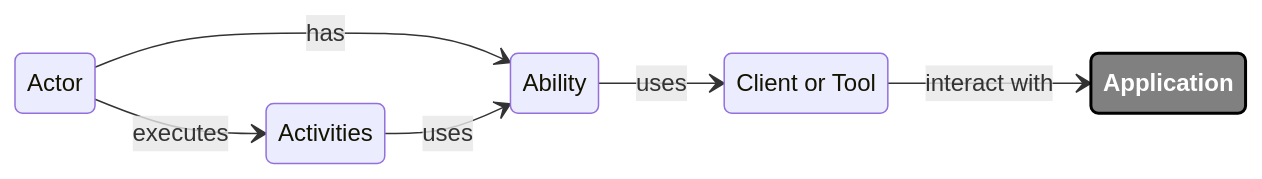
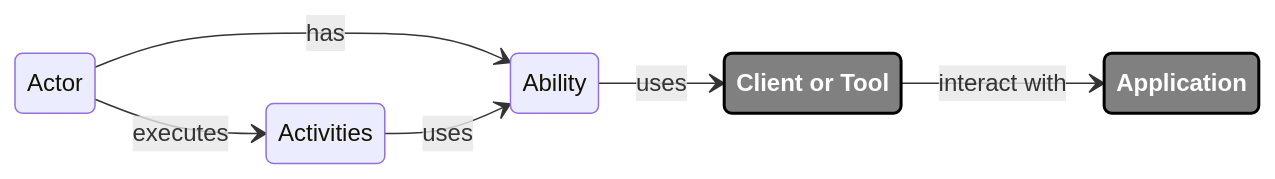
Before and after one commit to andy-schulz/thekla4j: the diagram in README.md, drawn with Mermaid.

Commit message:
[all] docs: update mermaid chart in README.md

````diff
--- a/README.md
+++ b/README.md
@@ -27,15 +27,15 @@
 ```mermaid
 stateDiagram
     direction LR
 
-    classDef badBadEvent fill:gray,color:white,font-weight:bold,stroke-width:2px,stroke:black;
+    classDef nonSP fill:gray,color:white,font-weight:bold,stroke-width:2px,stroke:black;
     tool: Client or Tool
     Actor --> Activities: executes
     Actor --> Ability: has
     Ability --> tool: uses
     tool --> Application: interact with
     
     Activities --> Ability: uses
 
-    class Application badBadEvent
+    class Application, tool nonSP
 ```
````
